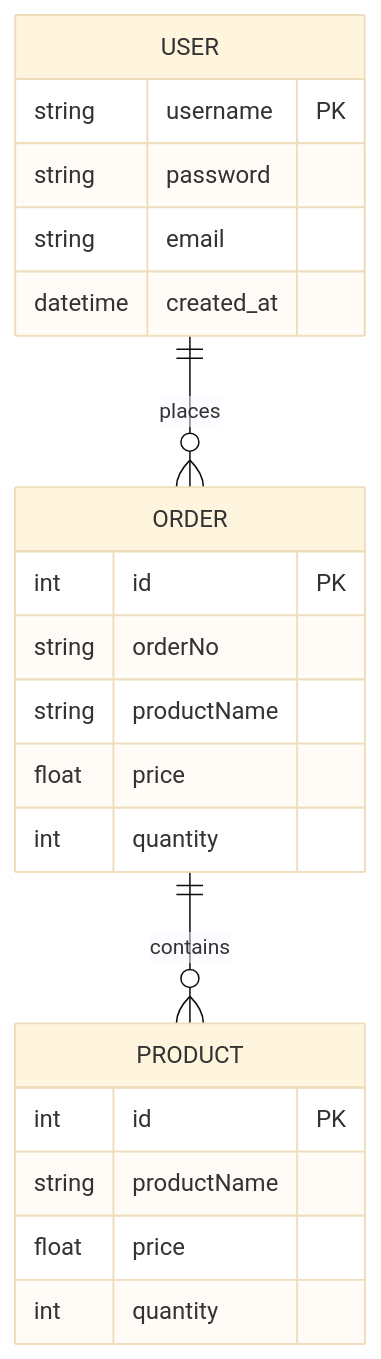
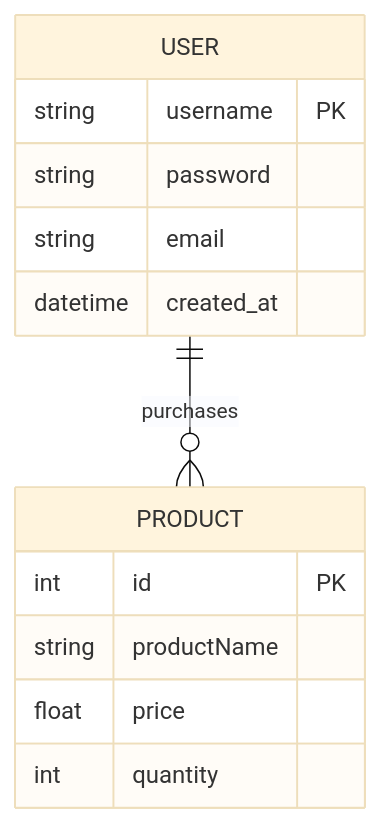
One commit to BizzyProgramming/cst339 changed the first of 2 diagrams in milestones/milestone6/README.md. Above: the diagram before and after it, drawn with Mermaid (base theme). The commit also changed other lines of this file, not shown here.

````diff
--- a/milestones/milestone6/README.md
+++ b/milestones/milestone6/README.md
@@ -111,27 +133,18 @@
 ```mermaid
 erDiagram
     USER {
         string username PK
         string password
         string email
         datetime created_at
     }
 
     PRODUCT {
         int id PK
         string productName
         float price
         int quantity
     }
 
-    ORDER {
-        int id PK
-        string orderNo
-        string productName
-        float price
-        int quantity
-    }
-
-    USER ||--o{ ORDER : places
-    ORDER ||--o{ PRODUCT : contains
+    USER ||--o{ PRODUCT : purchases
 ```
````
